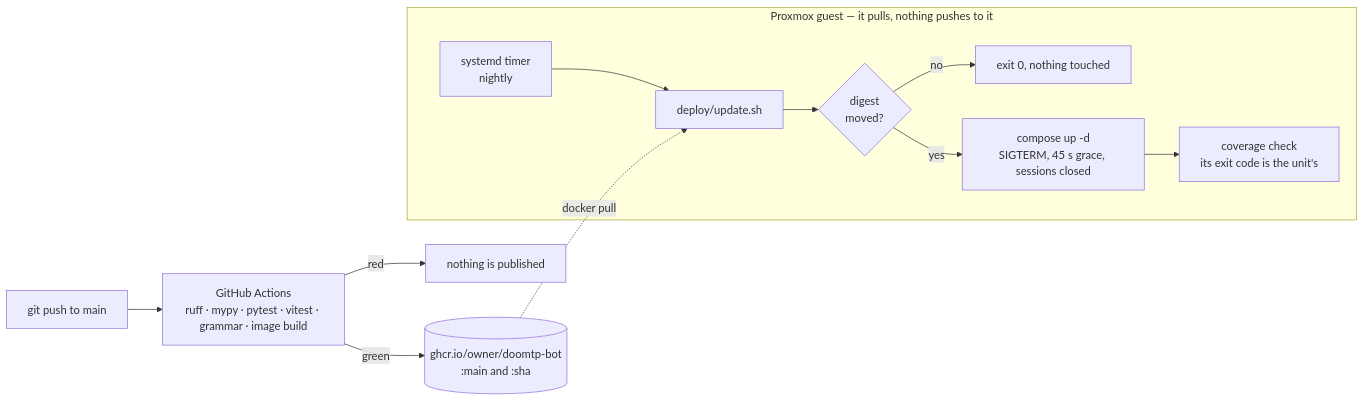
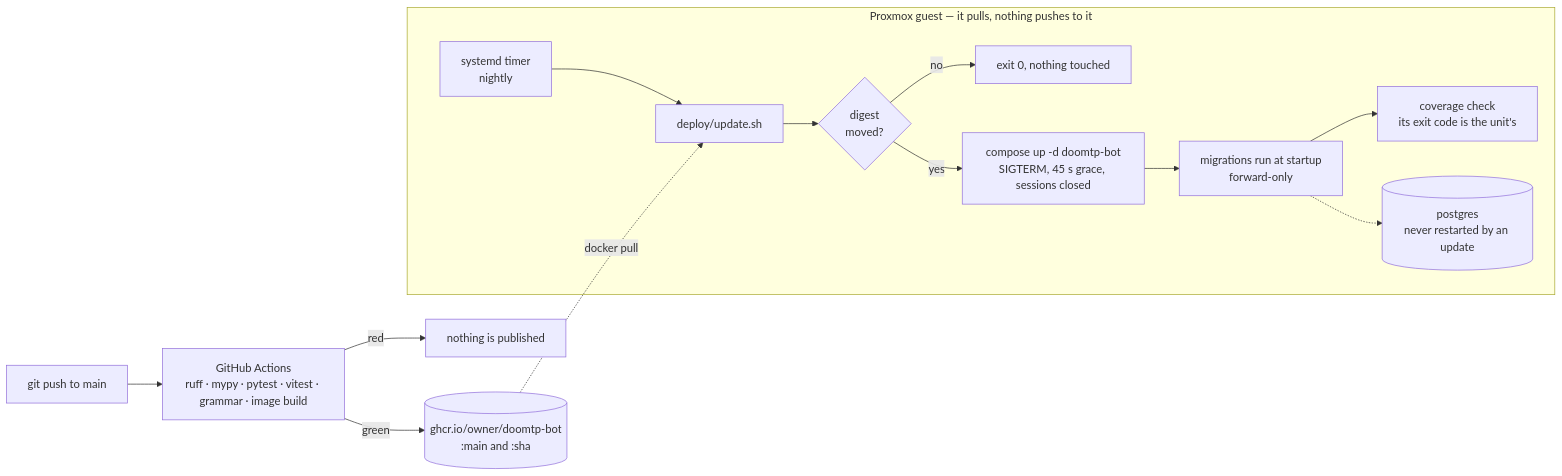
The second of 2 diagrams in docs/architecture.md (vEXOULZ/doomtp-bot), drawn with Mermaid before and after one commit. The commit also changed other lines of this file and 65 other files, not shown here.

````diff
--- a/docs/architecture.md
+++ b/docs/architecture.md
@@ -612,16 +624,19 @@
 ```mermaid
 flowchart LR
     push["git push to main"] --> ci["GitHub Actions<br/>ruff · mypy · pytest · vitest · grammar · image build"]
     ci -->|red| none["nothing is published"]
     ci -->|green| ghcr[("ghcr.io/owner/doomtp-bot<br/>:main and :sha")]
 
     subgraph guest["Proxmox guest — it pulls, nothing pushes to it"]
         timer["systemd timer<br/>nightly"] --> upd["deploy/update.sh"]
         upd --> moved{"digest<br/>moved?"}
         moved -->|no| done["exit 0, nothing touched"]
-        moved -->|yes| restart["compose up -d<br/>SIGTERM, 45 s grace, sessions closed"]
-        restart --> cov["coverage check<br/>its exit code is the unit's"]
+        moved -->|yes| restart["compose up -d doomtp-bot<br/>SIGTERM, 45 s grace, sessions closed"]
+        restart --> migrate["migrations run at startup<br/>forward-only"]
+        migrate --> cov["coverage check<br/>its exit code is the unit's"]
+        pg[("postgres<br/>never restarted by an update")]
+        migrate -.-> pg
     end
 
     ghcr -.->|docker pull| upd
 ```
````
